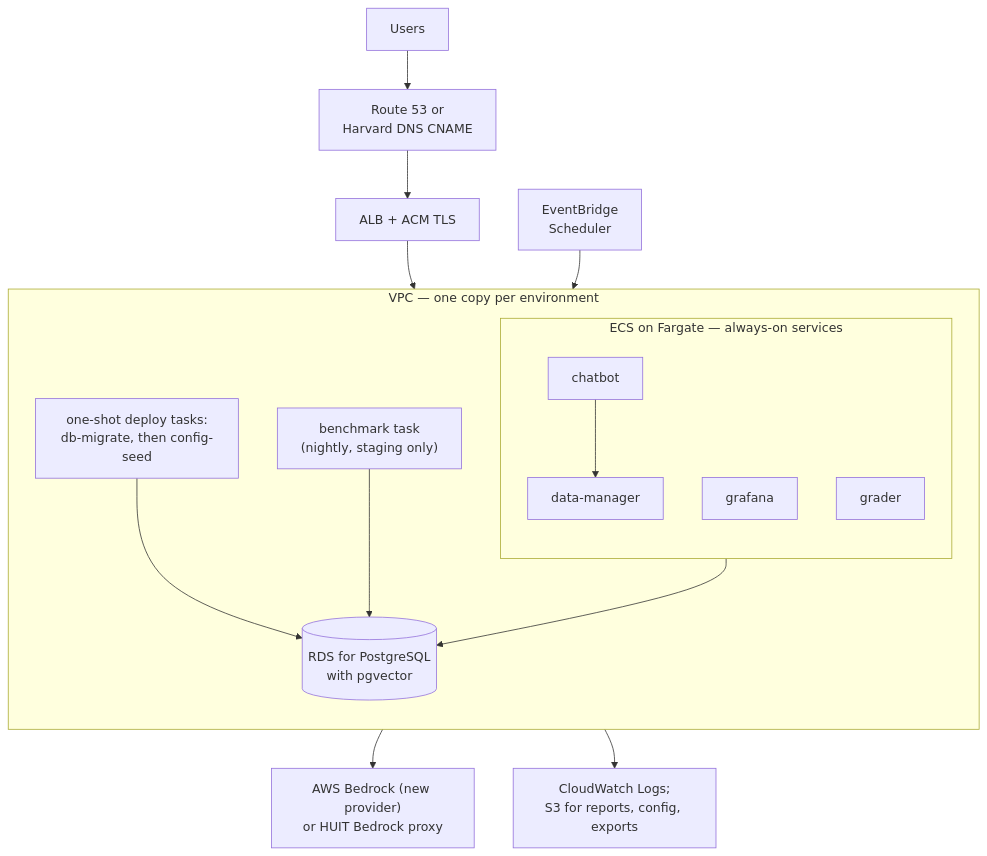
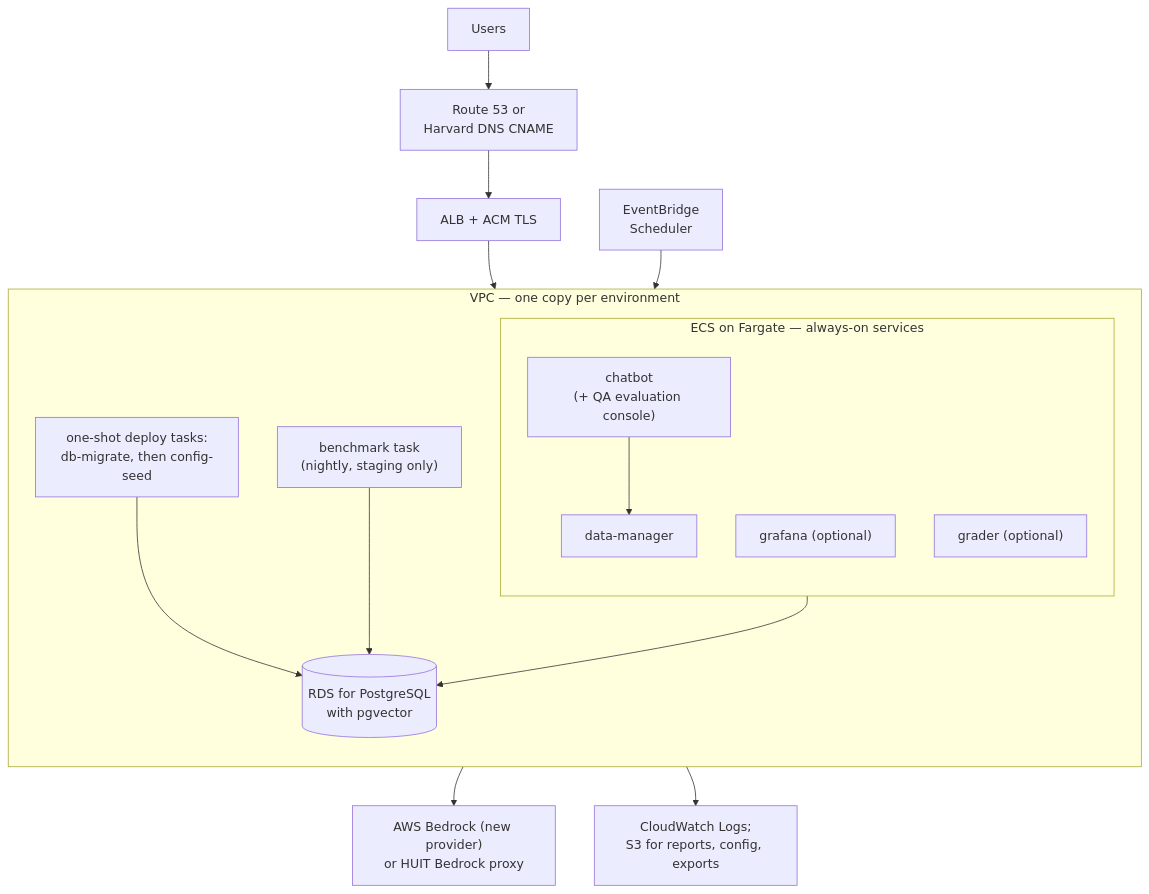
Before and after one commit to fasrc/archi: the second of 3 diagrams in docs/docs/proposals/aws-migration-plan.md, drawn with Mermaid. The commit also changed other lines of this file, not shown here.

Commit message:
docs: mark dev-active components, add qa eval console, rename slack/mattermost

````diff
--- a/docs/docs/proposals/aws-migration-plan.md
+++ b/docs/docs/proposals/aws-migration-plan.md
@@ -251,26 +259,26 @@
 ```mermaid
 flowchart TB
     users["Users"] --> dns["Route 53 or<br/>Harvard DNS CNAME"]
     dns --> alb["ALB + ACM TLS"]
     subgraph vpc["VPC — one copy per environment"]
         direction TB
         subgraph ecs["ECS on Fargate — always-on services"]
             direction TB
-            chat["chatbot"]
+            chat["chatbot<br/>(+ QA evaluation console)"]
             dm["data-manager"]
-            graf["grafana"]
-            grader["grader"]
+            graf["grafana (optional)"]
+            grader["grader (optional)"]
         end
         deploy["one-shot deploy tasks:<br/>db-migrate, then config-seed"]
         bench["benchmark task<br/>(nightly, staging only)"]
         rds[("RDS for PostgreSQL<br/>with pgvector")]
     end
     alb --> chat
     chat --> dm
     ecs --> rds
     deploy --> rds
     evb["EventBridge<br/>Scheduler"] --> bench
     bench --> rds
     ecs --> llm["AWS Bedrock (new provider)<br/>or HUIT Bedrock proxy"]
     ecs --> obs["CloudWatch Logs;<br/>S3 for reports, config, exports"]
 ```
````
